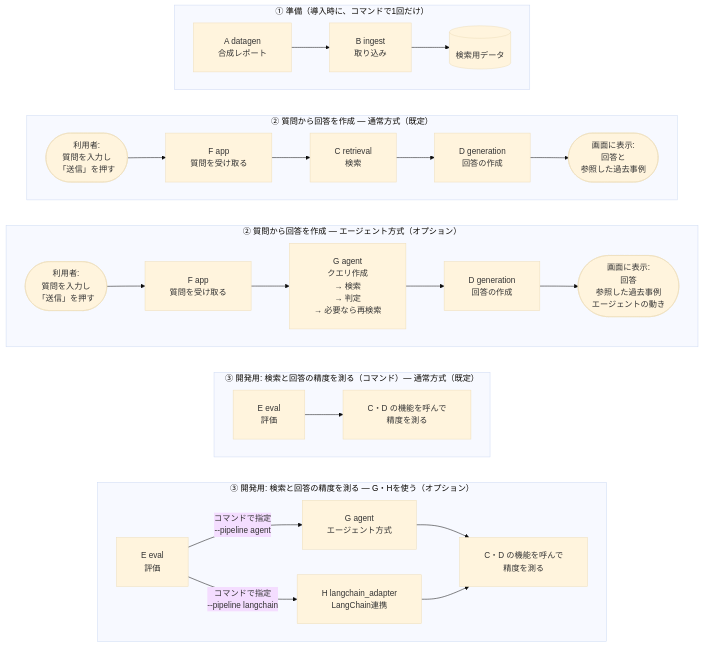
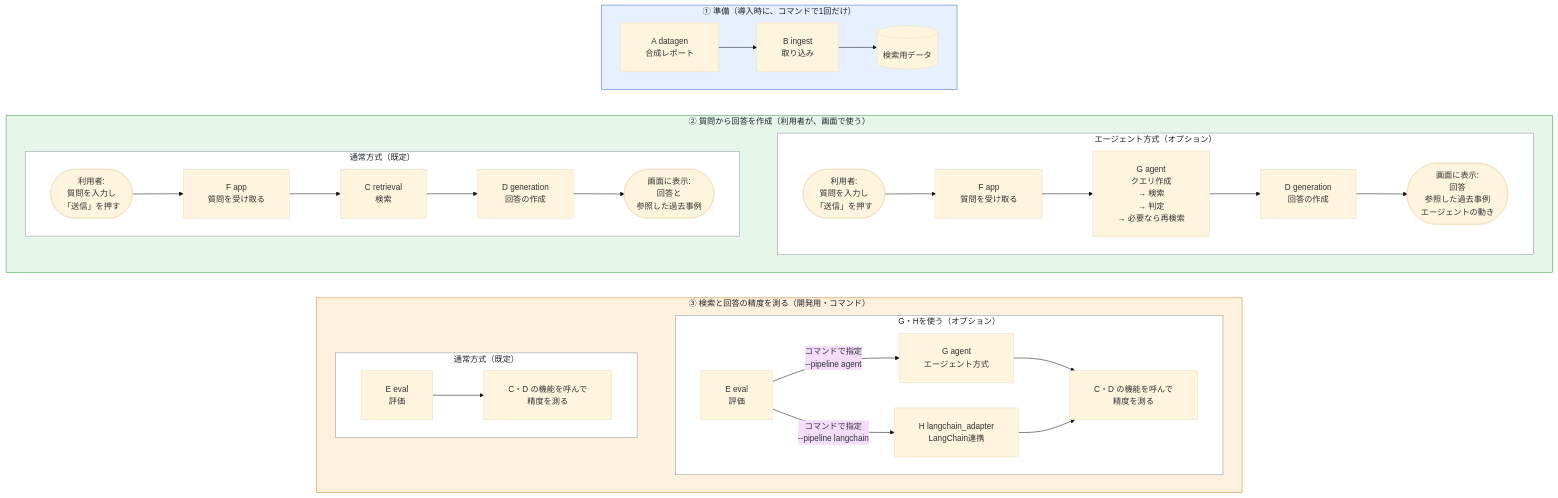
Before and after one commit to satoshi-abe-dev/silo-rag: the first of 3 diagrams in README_ja.md, drawn with Mermaid (base theme). The commit also changed 1 other file, not shown here.

Commit message:
Group the architecture diagram by step with outer boxes and colors
The five boxes looked alike, so the three steps could not be told apart.
Each step is now one outer box in its own color (1 blue, 2 green, 3
orange); the plain/agent and plain/G-or-H boxes sit inside steps 2 and 3.

````diff
--- a/README_ja.md
+++ b/README_ja.md
@@ -145,29 +145,40 @@
 ```mermaid
 %%{init: {"flowchart": {"padding": 24, "wrappingWidth": 400}}}%%
 graph TB
-    subgraph prep["① 準備（導入時に、コマンドで1回だけ）"]
+    subgraph g1["① 準備（導入時に、コマンドで1回だけ）"]
         direction LR
         A["A datagen<br/>合成レポート"] --> B["B ingest<br/>取り込み"] --> DB[("検索用データ")]
     end
-    subgraph plain["② 質問から回答を作成 ― 通常方式（既定）"]
-        direction LR
-        U1(["利用者:<br/>質問を入力し<br/>「送信」を押す"]) --> F1["F app<br/>質問を受け取る"] --> C1["C retrieval<br/>検索"] --> D1["D generation<br/>回答の作成"] --> R1(["画面に表示:<br/>回答と<br/>参照した過去事例"])
+    subgraph g2["② 質問から回答を作成（利用者が、画面で使う）"]
+        subgraph plain["通常方式（既定）"]
+            direction LR
+            U1(["利用者:<br/>質問を入力し<br/>「送信」を押す"]) --> F1["F app<br/>質問を受け取る"] --> C1["C retrieval<br/>検索"] --> D1["D generation<br/>回答の作成"] --> R1(["画面に表示:<br/>回答と<br/>参照した過去事例"])
+        end
+        subgraph agent["エージェント方式（オプション）"]
+            direction LR
+            U2(["利用者:<br/>質問を入力し<br/>「送信」を押す"]) --> F2["F app<br/>質問を受け取る"] --> G["G agent<br/>クエリ作成<br/>→ 検索<br/>→ 判定<br/>→ 必要なら再検索"] --> D2["D generation<br/>回答の作成"] --> R2(["画面に表示:<br/>回答<br/>参照した過去事例<br/>エージェントの動き"])
+        end
+        plain ~~~ agent
     end
-    subgraph agent["② 質問から回答を作成 ― エージェント方式（オプション）"]
-        direction LR
-        U2(["利用者:<br/>質問を入力し<br/>「送信」を押す"]) --> F2["F app<br/>質問を受け取る"] --> G["G agent<br/>クエリ作成<br/>→ 検索<br/>→ 判定<br/>→ 必要なら再検索"] --> D2["D generation<br/>回答の作成"] --> R2(["画面に表示:<br/>回答<br/>参照した過去事例<br/>エージェントの動き"])
+    subgraph g3["③ 検索と回答の精度を測る（開発用・コマンド）"]
+        subgraph ev["通常方式（既定）"]
+            direction LR
+            E1["E eval<br/>評価"] --> CD1["C・D の機能を呼んで<br/>精度を測る"]
+        end
+        subgraph ev2["G・Hを使う（オプション）"]
+            direction LR
+            E2["E eval<br/>評価"] -->|"コマンドで指定<br/>--pipeline agent"| G2["G agent<br/>エージェント方式"] --> CD2["C・D の機能を呼んで<br/>精度を測る"]
+            E2 -->|"コマンドで指定<br/>--pipeline langchain"| H["H langchain_adapter<br/>LangChain連携"] --> CD2
+        end
+        ev ~~~ ev2
     end
-    subgraph ev["③ 開発用: 検索と回答の精度を測る（コマンド）― 通常方式（既定）"]
-        direction LR
-        E1["E eval<br/>評価"] --> CD1["C・D の機能を呼んで<br/>精度を測る"]
-    end
-    subgraph ev2["③ 開発用: 検索と回答の精度を測る ― G・Hを使う（オプション）"]
-        direction LR
-        E2["E eval<br/>評価"] -->|"コマンドで指定<br/>--pipeline agent"| G2["G agent<br/>エージェント方式"] --> CD2["C・D の機能を呼んで<br/>精度を測る"]
-        E2 -->|"コマンドで指定<br/>--pipeline langchain"| H["H langchain_adapter<br/>LangChain連携"] --> CD2
-    end
-    prep ~~~ plain
-    plain ~~~ agent
-    agent ~~~ ev
-    ev ~~~ ev2
+    g1 ~~~ g2
+    g2 ~~~ g3
+    style g1 fill:#e7f0ff,stroke:#3b6fd4,color:#1f2328
+    style g2 fill:#e6f6e8,stroke:#2f9e44,color:#1f2328
+    style g3 fill:#fff1de,stroke:#d9822b,color:#1f2328
+    style plain fill:#ffffff,stroke:#8c959f,color:#1f2328
+    style agent fill:#ffffff,stroke:#8c959f,color:#1f2328
+    style ev fill:#ffffff,stroke:#8c959f,color:#1f2328
+    style ev2 fill:#ffffff,stroke:#8c959f,color:#1f2328
 ```
````
